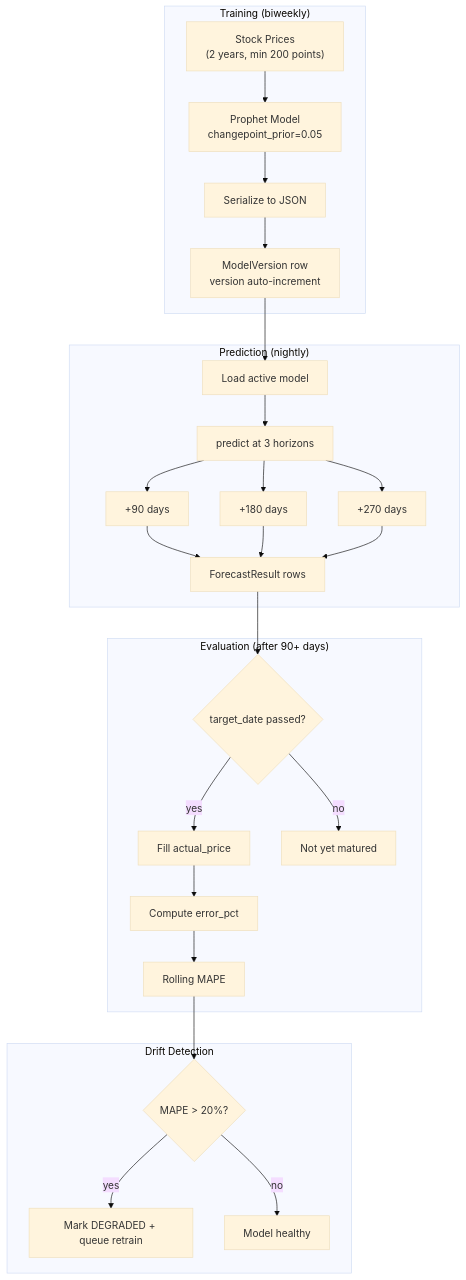
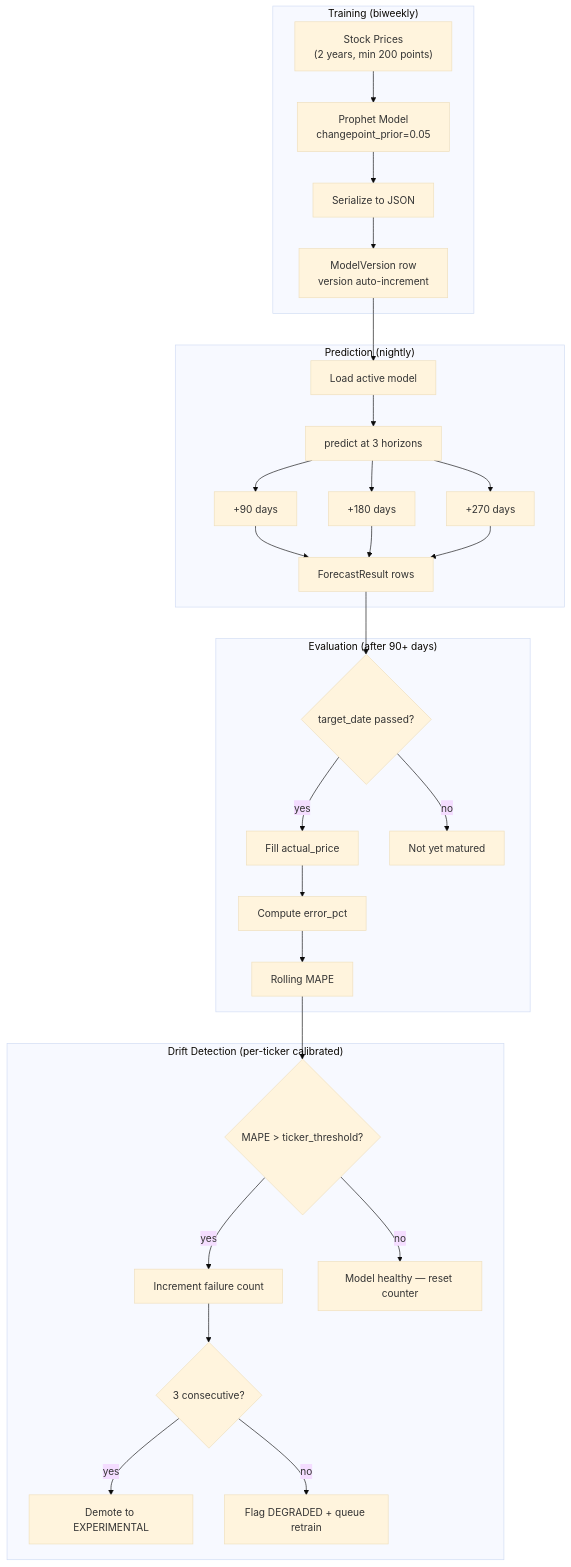
Before and after one commit to vipulbhatia29/stock-signal-platform: the second of 2 diagrams in docs/FSD.md, drawn with Mermaid (base theme). The commit also changed other lines of this file, not shown here.

First line of the commit message:
docs: FSD architectural review — observability, drift, admin, business rules

````diff
--- a/docs/FSD.md
+++ b/docs/FSD.md
@@ -675,33 +670,36 @@
 ```mermaid
 flowchart TD
     subgraph Training["Training (biweekly)"]
         A["Stock Prices<br/>(2 years, min 200 points)"] --> B["Prophet Model<br/>changepoint_prior=0.05"]
         B --> C["Serialize to JSON"]
         C --> D["ModelVersion row<br/>version auto-increment"]
     end
 
     subgraph Prediction["Prediction (nightly)"]
         D --> E["Load active model"]
         E --> F["predict at 3 horizons"]
         F --> H90["+90 days"]
         F --> H180["+180 days"]
         F --> H270["+270 days"]
         H90 --> I["ForecastResult rows"]
         H180 --> I
         H270 --> I
     end
 
     subgraph Evaluation["Evaluation (after 90+ days)"]
         I --> J{"target_date passed?"}
         J -->|yes| K["Fill actual_price"]
         K --> L["Compute error_pct"]
         L --> M["Rolling MAPE"]
         J -->|no| N["Not yet matured"]
     end
 
-    subgraph Drift["Drift Detection"]
-        M --> O{"MAPE > 20%?"}
-        O -->|yes| P["Mark DEGRADED + queue retrain"]
-        O -->|no| Q["Model healthy"]
+    subgraph Drift["Drift Detection (per-ticker calibrated)"]
+        M --> O{"MAPE > ticker_threshold?"}
+        O -->|yes| P["Increment failure count"]
+        P --> P2{"3 consecutive?"}
+        P2 -->|yes| P3["Demote to EXPERIMENTAL"]
+        P2 -->|no| P4["Flag DEGRADED + queue retrain"]
+        O -->|no| Q["Model healthy — reset counter"]
     end
 ```
````
